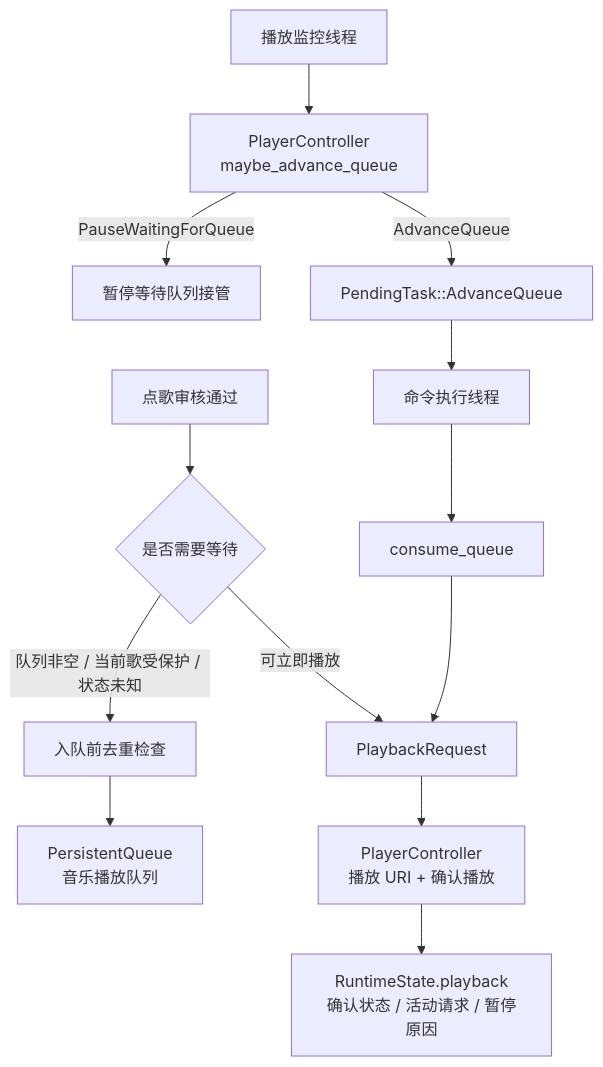
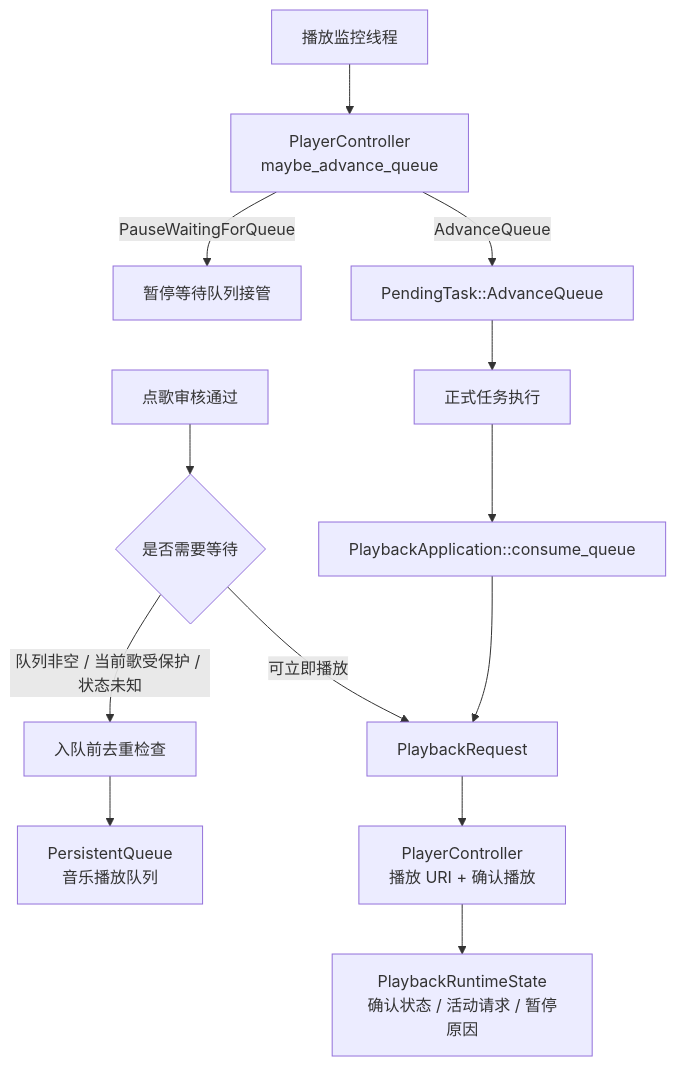
One commit to XingNian-www/Miliastra-Wonderland-Music changed the diagram in docs/playback-queue-flow.md. Above: the diagram before and after it, drawn with Mermaid. The commit also changed other lines of this file and 105 other files, not shown here.

Commit message:
refactor: finish v2 architecture migration

````diff
--- a/docs/playback-queue-flow.md
+++ b/docs/playback-queue-flow.md
@@ -13,15 +13,15 @@
 ```mermaid
 flowchart TD
     A["点歌审核通过"] --> B{"是否需要等待"}
     B -->|队列非空 / 当前歌受保护 / 状态未知| C["入队前去重检查"]
     C --> D["PersistentQueue<br/>音乐播放队列"]
     B -->|可立即播放| E["PlaybackRequest"]
     E --> F["PlayerController<br/>播放 URI + 确认播放"]
-    F --> G["RuntimeState.playback<br/>确认状态 / 活动请求 / 暂停原因"]
+    F --> G["PlaybackRuntimeState<br/>确认状态 / 活动请求 / 暂停原因"]
     H["播放监控线程"] --> I["PlayerController<br/>maybe_advance_queue"]
     I -->|PauseWaitingForQueue| J["暂停等待队列接管"]
     I -->|AdvanceQueue| K["PendingTask::AdvanceQueue"]
-    K --> L["命令执行线程"]
-    L --> M["consume_queue"]
+    K --> L["正式任务执行"]
+    L --> M["PlaybackApplication::consume_queue"]
     M --> E
 ```
````
